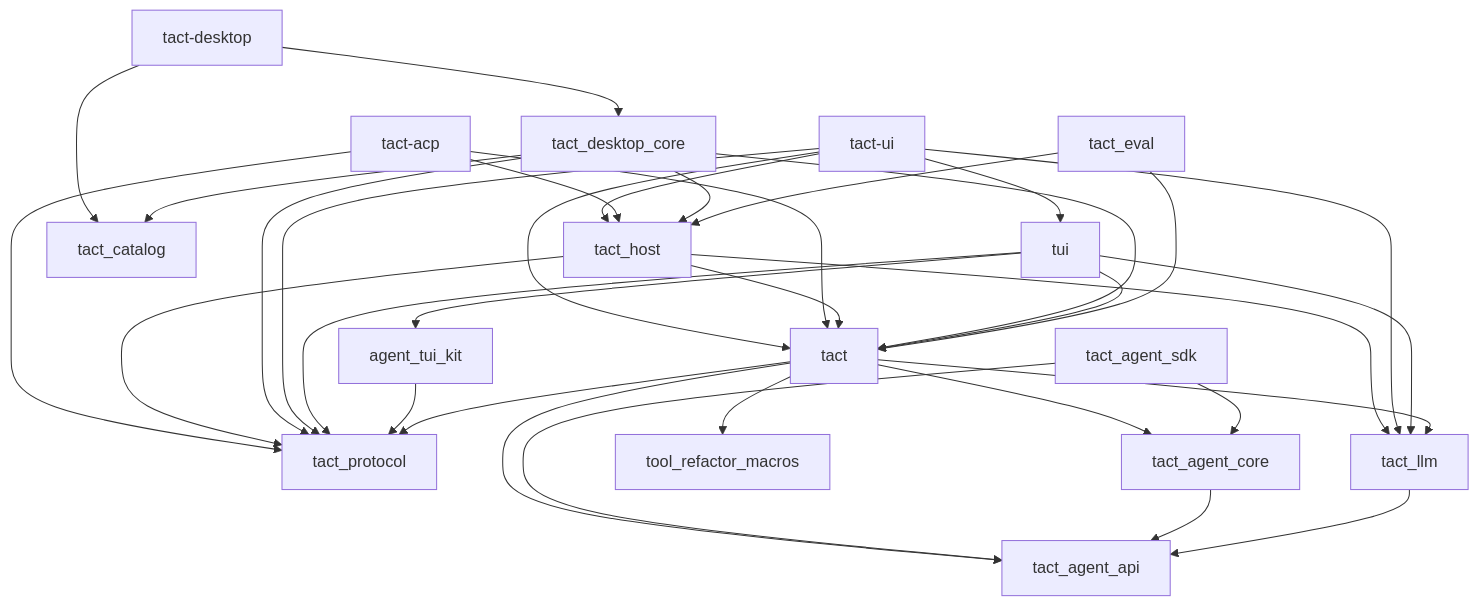
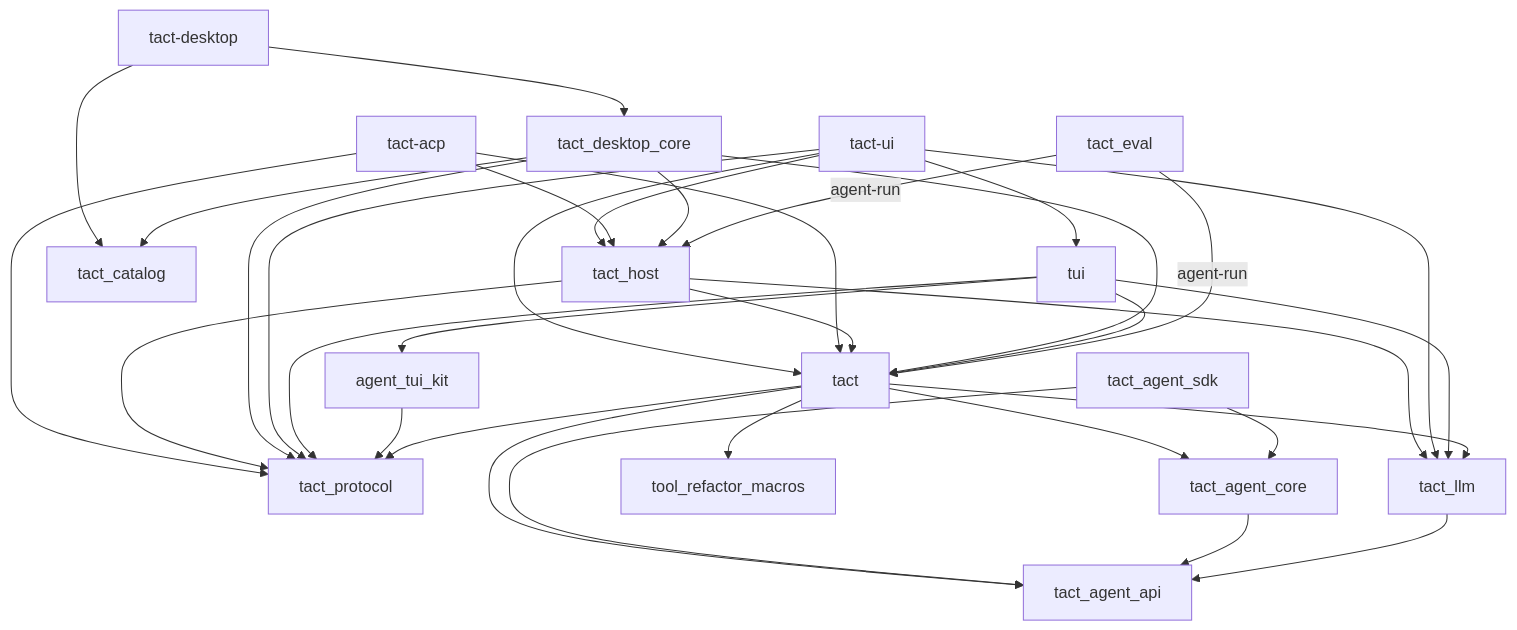
The first of 10 diagrams in ARCHITECTURE.md (rust-infra/tact), drawn with Mermaid before and after one commit. The commit also changed other lines of this file and 36 other files, not shown here.

````diff
--- a/ARCHITECTURE.md
+++ b/ARCHITECTURE.md
@@ -34,36 +34,36 @@
 ```mermaid
 flowchart TB
     tact_ui["tact-ui"] --> tact
     tact_ui --> tact_host["tact_host"]
     tact_acp["tact-acp"] --> tact
     tact_acp --> tact_host
     tact_acp --> tact_protocol
     tact_host --> tact
     tact_host --> tact_llm
     tact_host --> tact_protocol
     tact_desktop["tact-desktop"] --> tact_desktop_core["tact_desktop_core"]
     tact_desktop --> tact_catalog
     tact_desktop_core --> tact_host
     tact_desktop_core --> tact_catalog
     tact_desktop_core --> tact_protocol
     tact_desktop_core --> tact
     tact_ui --> tui
     tact_ui --> tact_llm
     tact_ui --> tact_protocol
     tui --> agent_tui_kit
     tui --> tact
     tui --> tact_llm
     tui --> tact_protocol
     agent_tui_kit --> tact_protocol
     tact --> tact_agent_api["tact_agent_api"]
     tact --> tact_agent_core["tact_agent_core"]
     tact --> tact_llm
     tact --> tact_protocol
     tact --> tool_refactor_macros
     tact_agent_sdk["tact_agent_sdk"] --> tact_agent_api["tact_agent_api"]
     tact_agent_sdk --> tact_agent_core["tact_agent_core"]
     tact_agent_core --> tact_agent_api
     tact_llm --> tact_agent_api
-    tact_eval["tact_eval"] --> tact
-    tact_eval --> tact_host
+    tact_eval["tact_eval"] -->|agent-run| tact
+    tact_eval -->|agent-run| tact_host
 ```
````
